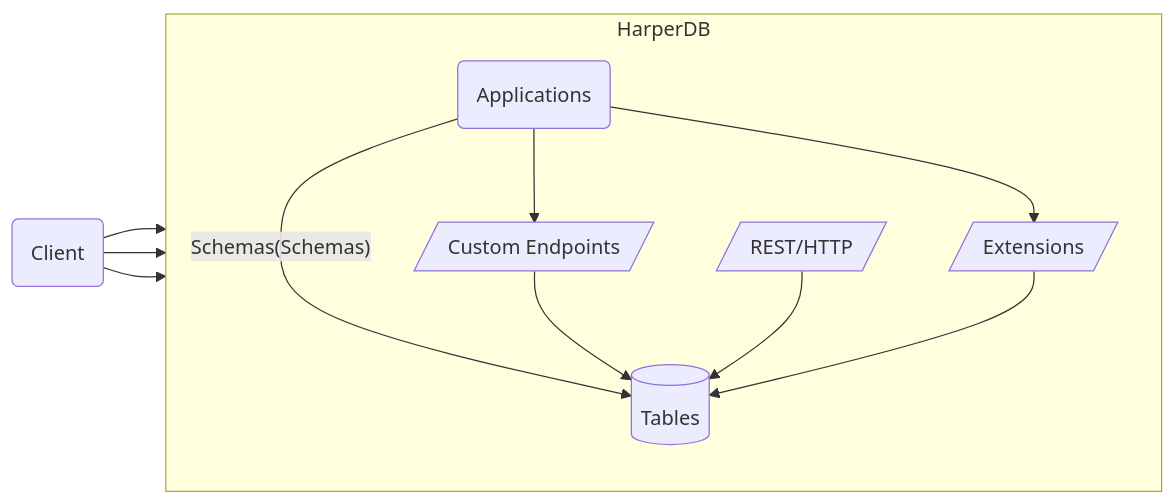
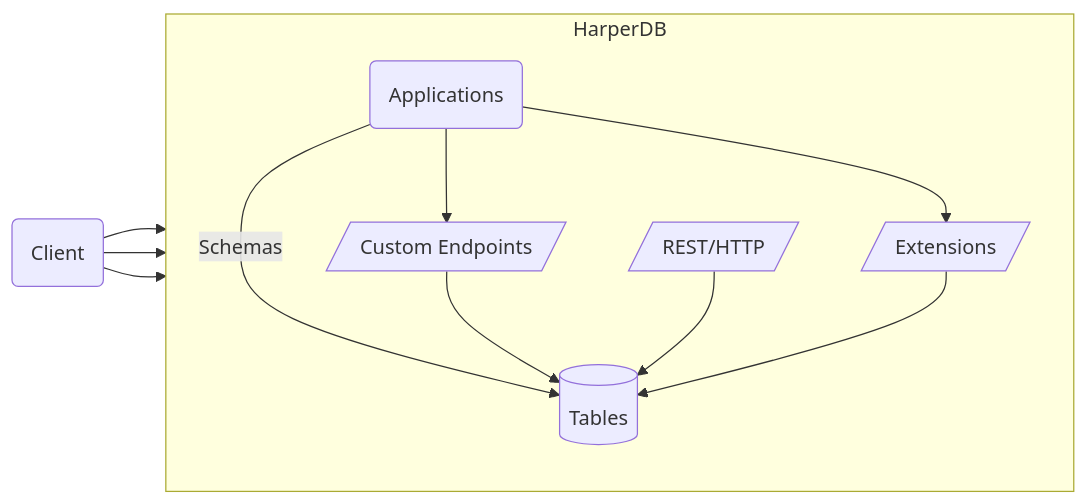
The diagram in docs/applications/README.md (HarperDB/documentation), drawn with Mermaid before and after one commit. The commit also changed other lines of this file and 1 other file, not shown here.

````diff
--- a/docs/applications/README.md
+++ b/docs/applications/README.md
@@ -14,15 +14,15 @@
 ```mermaid
 flowchart LR
 	Client(Client)-->Endpoints
 	Client(Client)-->HTTP
 	Client(Client)-->Extensions
 	subgraph HarperDB
 	direction TB
-	Applications(Applications)-- "Schemas(Schemas)" --> Tables[(Tables)]
+	Applications(Applications)-- "Schemas" --> Tables[(Tables)]
 	Applications-->Endpoints[/Custom Endpoints/]
 	Applications-->Extensions
 	Endpoints-->Tables
 	HTTP[/REST/HTTP/]-->Tables
 	Extensions[/Extensions/]-->Tables
 	end
 ```
````
